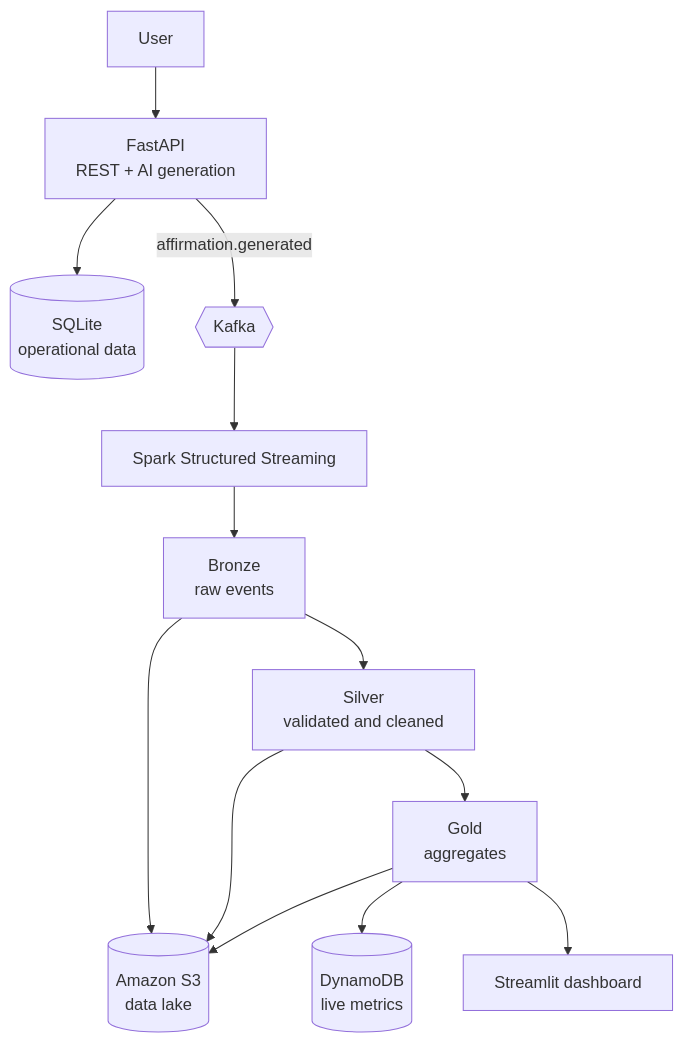
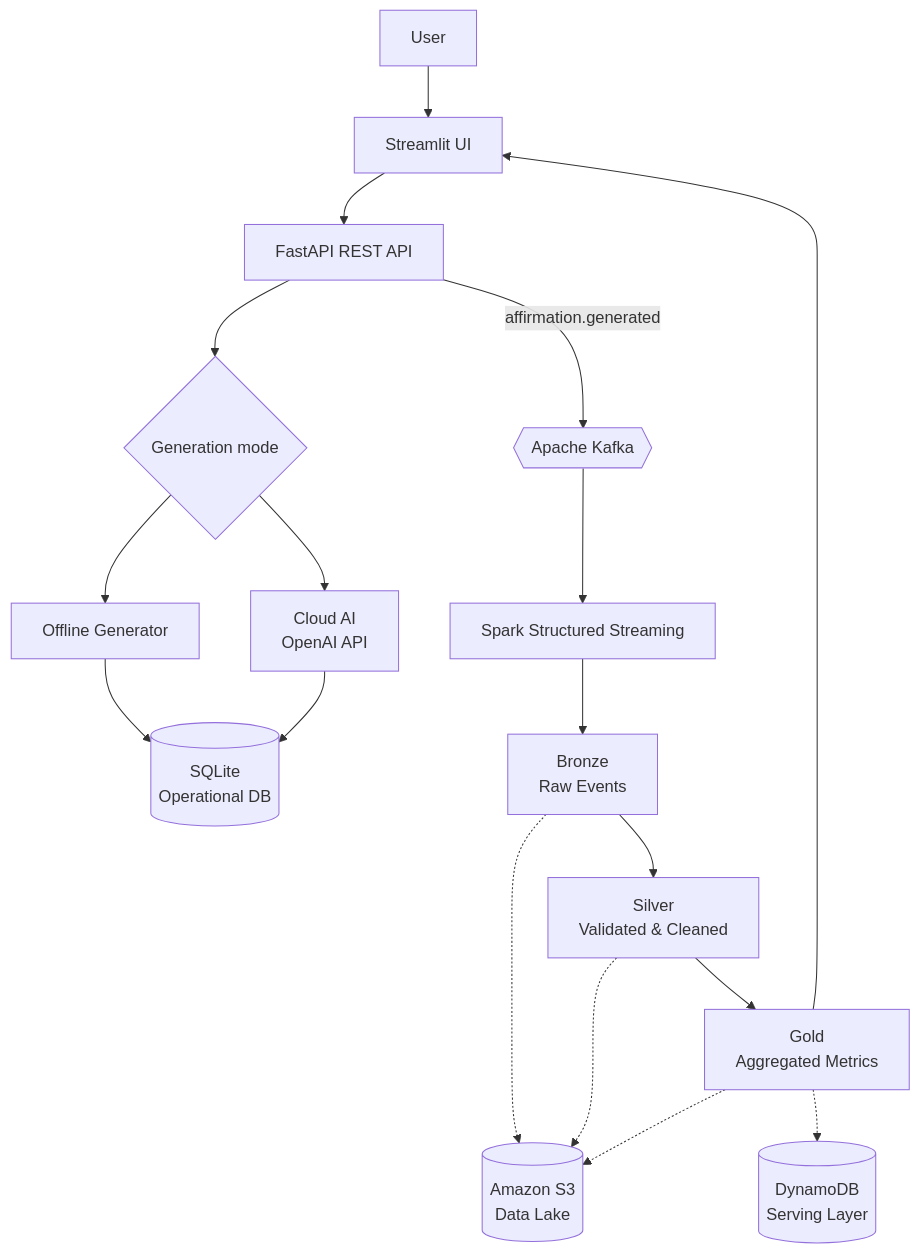
One commit to ZinhleHlongwane/affirmation-generator changed the diagram in README.md. Above: the diagram before and after it, drawn with Mermaid. The commit also changed other lines of this file, not shown here.

````diff
--- a/README.md
+++ b/README.md
@@ -29,21 +85,29 @@
 ```mermaid
 flowchart TD
+    U["User"] --> UI["Streamlit UI"]
 
-  U["User"] --> API["FastAPI<br/>REST + AI generation"]
+    UI --> API["FastAPI REST API"]
 
-  API --> DB[("SQLite<br/>operational data")]
-  API -->|affirmation.generated| K{{Kafka}}
+    API --> GEN{"Generation mode"}
 
-  K --> S["Spark Structured Streaming"]
+    GEN --> OFF["Offline Generator"]
+    GEN --> AI["Cloud AI<br/>OpenAI API"]
 
-  S --> B["Bronze<br/>raw events"]
-  B --> SI["Silver<br/>validated and cleaned"]
-  SI --> G["Gold<br/>aggregates"]
+    OFF --> DB[("SQLite<br/>Operational DB")]
+    AI --> DB
 
-  B --> S3[("Amazon S3<br/>data lake")]
-  SI --> S3
-  G --> S3
+    API -- "affirmation.generated" --> K{{"Apache Kafka"}}
 
-  G --> DDB[("DynamoDB<br/>live metrics")]
-  G --> D["Streamlit dashboard"]
+    K --> S["Spark Structured Streaming"]
+
+    S --> B["Bronze<br/>Raw Events"]
+    B --> SI["Silver<br/>Validated & Cleaned"]
+    SI --> G["Gold<br/>Aggregated Metrics"]
+
+    B -.-> S3[("Amazon S3<br/>Data Lake")]
+    SI -.-> S3
+    G -.-> S3
+
+    G -.-> DDB[("DynamoDB<br/>Serving Layer")]
+    G --> UI
 ```
````
